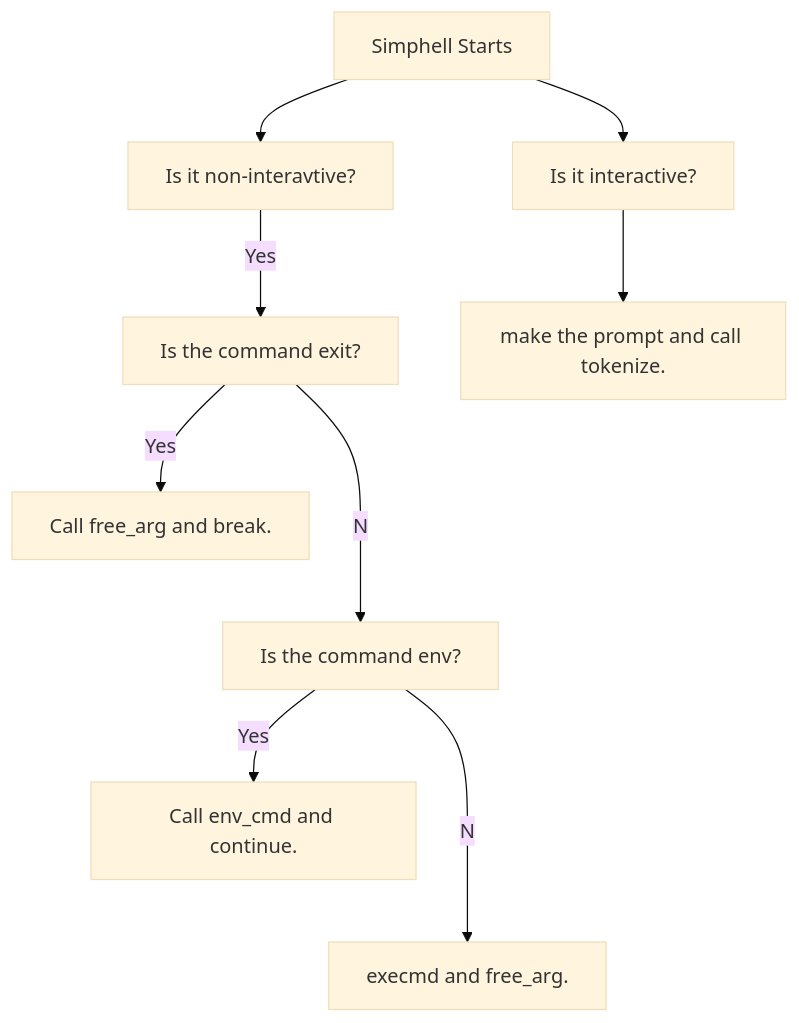
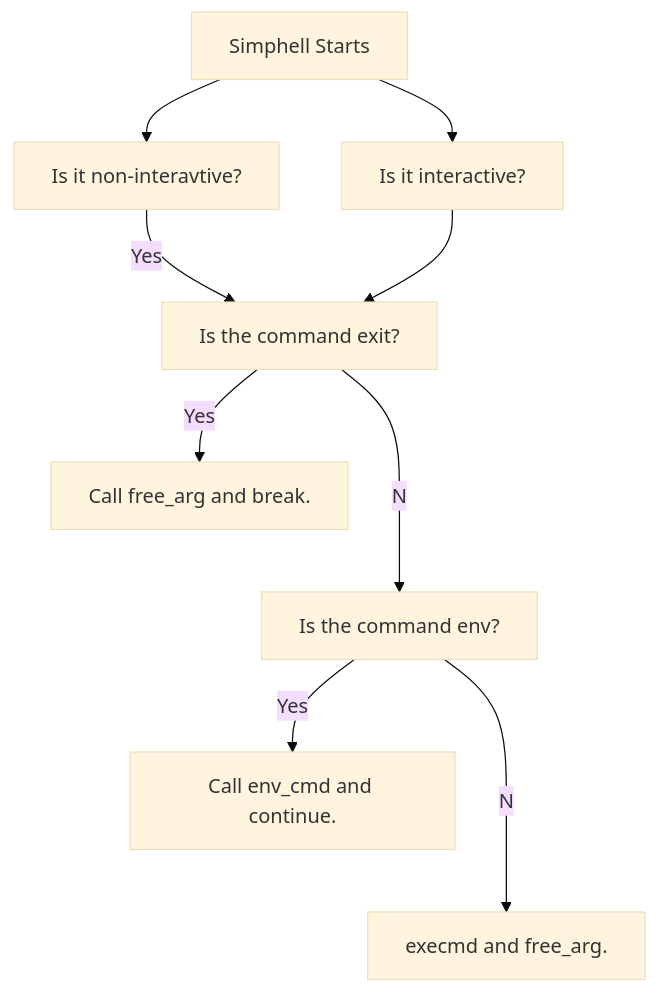
Before and after one commit to LeeWest89/MySuperRepo: the diagram in README.md, drawn with Mermaid (base theme).

````diff
--- a/README.md
+++ b/README.md
@@ -2,11 +2,11 @@
 ```mermaid
 flowchart TD;
   A[Simphell Starts]-->B[Is it interactive?];
   A-->C[Is it non-interavtive?];
   C--Yes-->D[Is the command exit?];
   D--Yes-->E[Call free_arg and break.];
   D--No-->F[Is the command env?];
   F--Yes-->G[Call env_cmd and continue.];
   F--No-->H[execmd and free_arg.];
-  B-->I[make the prompt and call tokenize.];
+  B-->D
 ```
````
